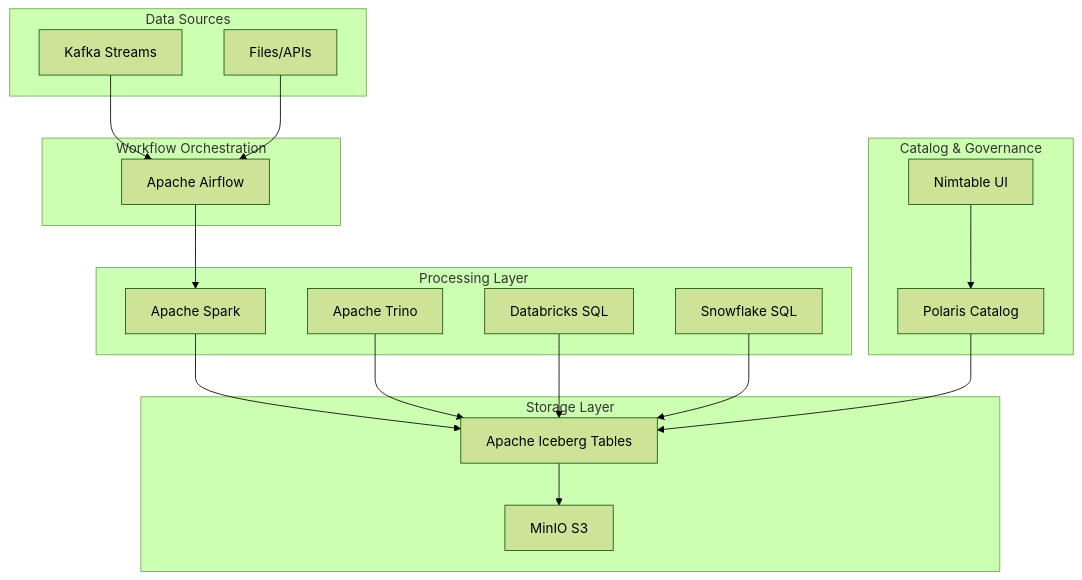
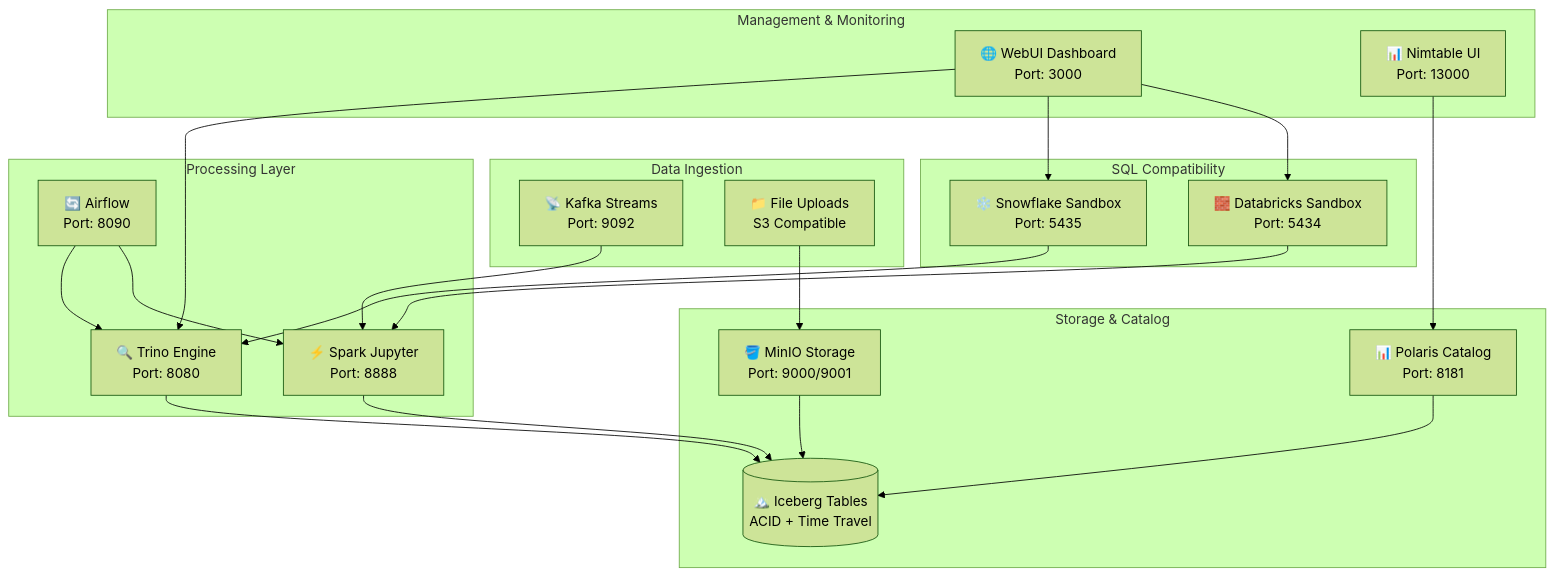
The diagram in README.md (lakebyte-ai/lakehouse-sandbox), drawn with Mermaid (forest theme) before and after one commit. The commit also changed other lines of this file and 21 other files, not shown here.

````diff
--- a/README.md
+++ b/README.md
@@ -46,39 +61,44 @@
 ```mermaid
 graph TB
-    subgraph "Data Sources"
-        K[Kafka Streams]
-        F[Files/APIs]
-    end
-    
-    subgraph "Workflow Orchestration"
-        AF[Apache Airflow]
+    subgraph "Data Ingestion"
+        K[📡 Kafka Streams<br/>Port: 9092]
+        F[📁 File Uploads<br/>S3 Compatible]
     end
     
     subgraph "Processing Layer"
-        S[Apache Spark]
-        T[Apache Trino]
-        DB[Databricks SQL]
-        SF[Snowflake SQL]
+        S[⚡ Spark Jupyter<br/>Port: 8888]
+        T[🔍 Trino Engine<br/>Port: 8080]
+        A[🔄 Airflow<br/>Port: 8090]
     end
     
-    subgraph "Storage Layer"
-        MI[MinIO S3]
-        I[Apache Iceberg Tables]
+    subgraph "Storage & Catalog"
+        P[📊 Polaris Catalog<br/>Port: 8181]
+        M[🪣 MinIO Storage<br/>Port: 9000/9001]
+        I[(🏔️ Iceberg Tables<br/>ACID + Time Travel)]
     end
     
-    subgraph "Catalog & Governance"
-        P[Polaris Catalog]
-        N[Nimtable UI]
+    subgraph "SQL Compatibility"
+        DB[🧱 Databricks Sandbox<br/>Port: 5434]
+        SF[❄️ Snowflake Sandbox<br/>Port: 5435]
     end
     
-    K --> AF
-    F --> AF
-    AF --> S
+    subgraph "Management & Monitoring"
+        W[🌐 WebUI Dashboard<br/>Port: 3000]
+        N[📊 Nimtable UI<br/>Port: 13000]
+    end
+    
+    K --> S
+    F --> M
     S --> I
     T --> I
-    DB --> I
-    SF --> I
-    I --> MI
+    A --> S
+    A --> T
     P --> I
+    M --> I
+    DB --> S
+    SF --> T
+    W --> DB
+    W --> SF
+    W --> T
     N --> P
 ```
````
